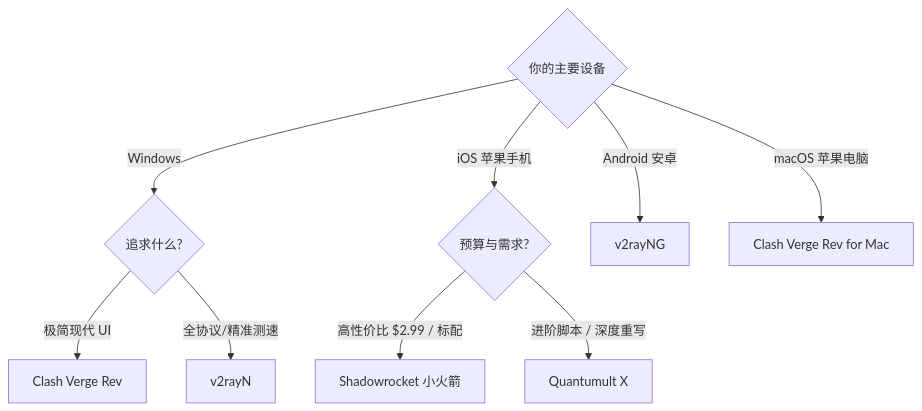
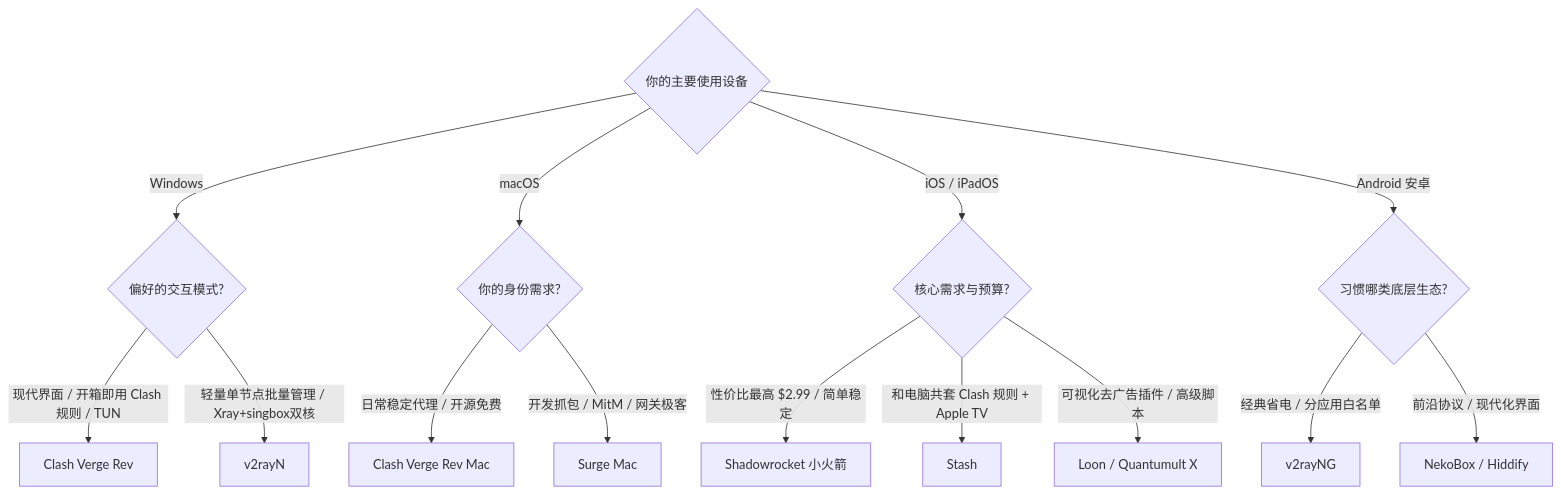
Before and after one commit to qweqwe98698-tech/jichangwiki.co: the diagram in docs/guides/how-to-choose-client.md, drawn with Mermaid. The commit also changed other lines of this file and 183 other files, not shown here.

Commit message:
feat: 42家机场品牌全景升级、测速原图集成与高级SEO/GEO全站优化 (v5.1.0)

````diff
--- a/docs/guides/how-to-choose-client.md
+++ b/docs/guides/how-to-choose-client.md
@@ -20,14 +30,20 @@
 ```mermaid
 graph TD
-    Device{你的主要设备}
-    Device -->|Windows| W{追求什么?}
-    W -->|极简现代 UI| CV[Clash Verge Rev]
-    W -->|全协议/精准测速| V2[v2rayN]
-    
-    Device -->|iOS 苹果手机| I{预算与需求?}
-    I -->|高性价比 $2.99 / 标配| SR[Shadowrocket 小火箭]
-    I -->|进阶脚本 / 深度重写| QX[Quantumult X]
-    
-    Device -->|Android 安卓| A[v2rayNG]
-    Device -->|macOS 苹果电脑| M[Clash Verge Rev for Mac]
+    Device{你的主要使用设备}
+    Device -->|Windows| W{偏好的交互模式?}
+    W -->|现代界面 / 开箱即用 Clash 规则 / TUN| CV[Clash Verge Rev]
+    W -->|轻量单节点批量管理 / Xray+singbox双核| V2[v2rayN]
+
+    Device -->|macOS| M{你的身份需求?}
+    M -->|日常稳定代理 / 开源免费| CVM[Clash Verge Rev Mac]
+    M -->|开发抓包 / MitM / 网关极客| SG[Surge Mac]
+
+    Device -->|iOS / iPadOS| I{核心需求与预算?}
+    I -->|性价比最高 $2.99 / 简单稳定| SR[Shadowrocket 小火箭]
+    I -->|和电脑共套 Clash 规则 + Apple TV| ST[Stash]
+    I -->|可视化去广告插件 / 高级脚本| LN[Loon / Quantumult X]
+
+    Device -->|Android 安卓| A{习惯哪类底层生态?}
+    A -->|经典省电 / 分应用白名单| VNG[v2rayNG]
+    A -->|前沿协议 / 现代化界面| NKH[NekoBox / Hiddify]
 ```
````
